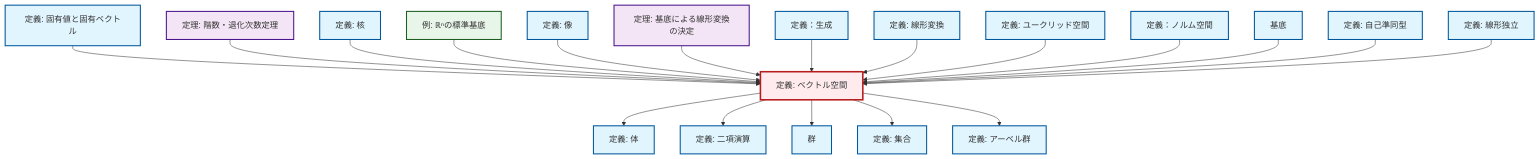
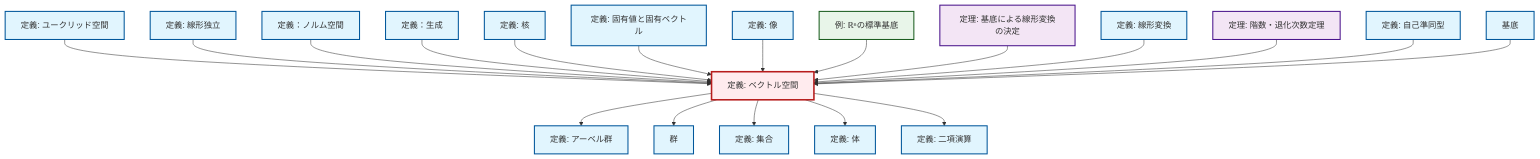
The diagram in content/ja/algebra/def-vector-space.qmd (RK0429/ModernMath), drawn with Mermaid before and after one commit. The commit also changed 672 other files, not shown here.

````diff
--- a/content/ja/algebra/def-vector-space.qmd
+++ b/content/ja/algebra/def-vector-space.qmd
@@ -56,65 +56,65 @@
 ```{mermaid}
-%%| fig-cap: "Local dependency graph"
+%%| fig-cap: "ローカル依存関係グラフ"
 graph TD
     classDef definition fill:#e1f5fe,stroke:#01579b,stroke-width:2px
     classDef theorem fill:#f3e5f5,stroke:#4a148c,stroke-width:2px
     classDef axiom fill:#fff3e0,stroke:#e65100,stroke-width:2px
     classDef example fill:#e8f5e9,stroke:#1b5e20,stroke-width:2px
     classDef current fill:#ffebee,stroke:#b71c1c,stroke-width:3px
+    def-span["定義：生成"]:::definition
     def-endomorphism["定義: 自己準同型"]:::definition
+    def-field["定義: 体"]:::definition
+    ex-standard-basis-rn["例: ℝⁿの標準基底"]:::example
+    thm-linear-transformation-basis["定理: 基底による線形変換の決定"]:::theorem
+    def-euclidean-space["定義: ユークリッド空間"]:::definition
+    def-set["定義: 集合"]:::definition
+    def-eigenvalue-eigenvector["定義: 固有値と固有ベクトル"]:::definition
+    def-linear-transformation["定義: 線形変換"]:::definition
     def-kernel["定義: 核"]:::definition
+    def-vector-space["定義: ベクトル空間"]:::definition
+    def-abelian-group["定義: アーベル群"]:::definition
+    thm-rank-nullity["定理: 階数・退化次数定理"]:::theorem
+    def-binary-operation["定義: 二項演算"]:::definition
+    def-linear-independence["定義: 線形独立"]:::definition
+    def-group["群"]:::definition
+    def-normed-vector-space["定義：ノルム空間"]:::definition
+    def-basis["基底"]:::definition
     def-image["定義: 像"]:::definition
-    def-basis["基底"]:::definition
-    thm-linear-transformation-basis["定理: 基底による線形変換の決定"]:::theorem
-    def-vector-space["定義: ベクトル空間"]:::definition
-    def-linear-transformation["定義: 線形変換"]:::definition
-    def-eigenvalue-eigenvector["定義: 固有値と固有ベクトル"]:::definition
-    def-set["定義: 集合"]:::definition
-    def-span["定義：生成"]:::definition
-    def-normed-vector-space["定義：ノルム空間"]:::definition
-    def-field["定義: 体"]:::definition
-    def-abelian-group["定義: アーベル群"]:::definition
-    def-linear-independence["定義: 線形独立"]:::definition
-    def-binary-operation["定義: 二項演算"]:::definition
-    thm-rank-nullity["定理: 階数・退化次数定理"]:::theorem
-    def-euclidean-space["定義: ユークリッド空間"]:::definition
-    ex-standard-basis-rn["例: ℝⁿの標準基底"]:::example
-    def-group["群"]:::definition
+    def-vector-space --> def-abelian-group
+    def-euclidean-space --> def-vector-space
+    def-linear-independence --> def-vector-space
+    def-normed-vector-space --> def-vector-space
+    def-span --> def-vector-space
+    def-kernel --> def-vector-space
     def-eigenvalue-eigenvector --> def-vector-space
+    def-image --> def-vector-space
+    ex-standard-basis-rn --> def-vector-space
+    def-vector-space --> def-group
+    thm-linear-transformation-basis --> def-vector-space
+    def-linear-transformation --> def-vector-space
+    thm-rank-nullity --> def-vector-space
+    def-endomorphism --> def-vector-space
+    def-vector-space --> def-set
     def-vector-space --> def-field
     def-vector-space --> def-binary-operation
-    thm-rank-nullity --> def-vector-space
-    def-kernel --> def-vector-space
-    def-vector-space --> def-group
-    ex-standard-basis-rn --> def-vector-space
-    def-image --> def-vector-space
-    thm-linear-transformation-basis --> def-vector-space
-    def-span --> def-vector-space
-    def-linear-transformation --> def-vector-space
-    def-vector-space --> def-set
-    def-euclidean-space --> def-vector-space
-    def-normed-vector-space --> def-vector-space
     def-basis --> def-vector-space
-    def-endomorphism --> def-vector-space
-    def-vector-space --> def-abelian-group
-    def-linear-independence --> def-vector-space
     class def-vector-space current
+    click def-span "def-span.html" "定義：生成へ"
     click def-endomorphism "def-endomorphism.html" "自己準同型の定義へ"
+    click def-field "def-field.html" "体の定義へ"
+    click ex-standard-basis-rn "ex-standard-basis-rn.html" "ℝⁿの標準基底の例へ"
+    click thm-linear-transformation-basis "thm-linear-transformation-basis.html" "基底による線形変換の決定の定理へ"
+    click def-euclidean-space "def-euclidean-space.html" "ユークリッド空間の定義へ"
+    click def-set "def-set.html" "集合の定義へ"
+    click def-eigenvalue-eigenvector "def-eigenvalue-eigenvector.html" "固有値と固有ベクトルの定義へ"
+    click def-linear-transformation "def-linear-transformation.html" "線形変換の定義へ"
     click def-kernel "def-kernel.html" "核の定義へ"
+    click def-abelian-group "def-abelian-group.html" "アーベル群の定義へ"
+    click thm-rank-nullity "thm-rank-nullity.html" "階数・退化次数定理の定理へ"
+    click def-binary-operation "def-binary-operation.html" "二項演算の定義へ"
+    click def-linear-independence "def-linear-independence.html" "線形独立の定義へ"
+    click def-group "def-group.html" "群へ"
+    click def-normed-vector-space "def-normed-vector-space.html" "定義：ノルム空間へ"
+    click def-basis "def-basis.html" "基底へ"
     click def-image "def-image.html" "像の定義へ"
-    click def-basis "def-basis.html" "基底へ"
-    click thm-linear-transformation-basis "thm-linear-transformation-basis.html" "基底による線形変換の決定の定理へ"
-    click def-linear-transformation "def-linear-transformation.html" "線形変換の定義へ"
-    click def-eigenvalue-eigenvector "def-eigenvalue-eigenvector.html" "固有値と固有ベクトルの定義へ"
-    click def-set "def-set.html" "集合の定義へ"
-    click def-span "def-span.html" "定義：生成へ"
-    click def-normed-vector-space "def-normed-vector-space.html" "定義：ノルム空間へ"
-    click def-field "def-field.html" "体の定義へ"
-    click def-abelian-group "def-abelian-group.html" "アーベル群の定義へ"
-    click def-linear-independence "def-linear-independence.html" "線形独立の定義へ"
-    click def-binary-operation "def-binary-operation.html" "二項演算の定義へ"
-    click thm-rank-nullity "thm-rank-nullity.html" "階数・退化次数定理の定理へ"
-    click def-euclidean-space "def-euclidean-space.html" "ユークリッド空間の定義へ"
-    click ex-standard-basis-rn "ex-standard-basis-rn.html" "ℝⁿの標準基底の例へ"
-    click def-group "def-group.html" "群へ"
 ```
````
